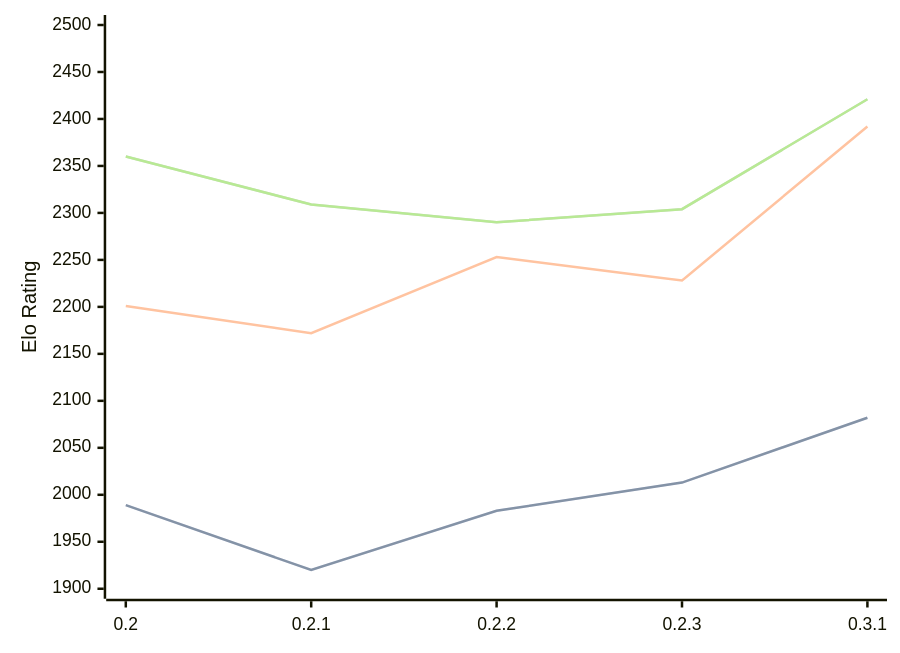
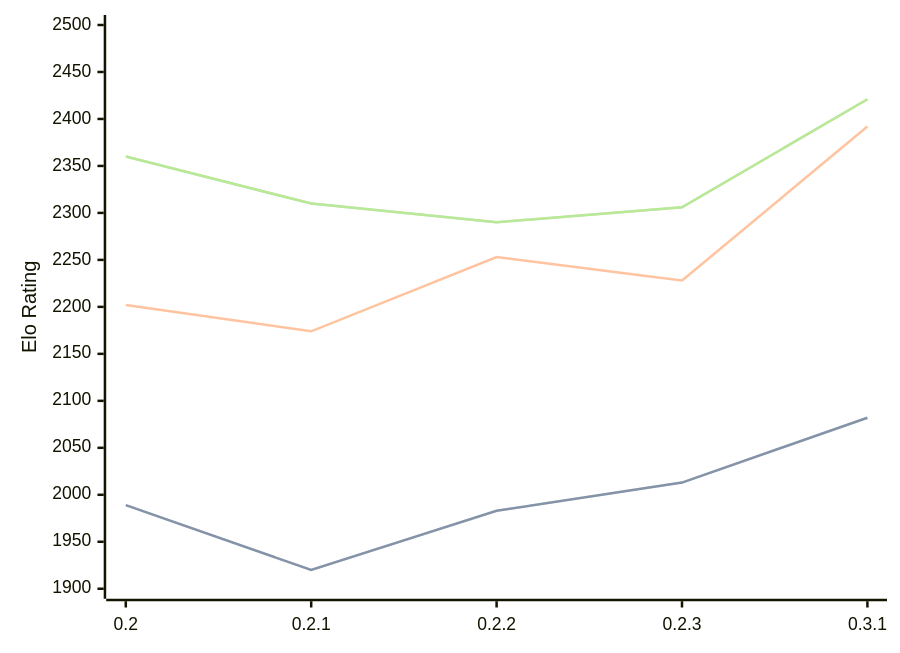
Before and after one commit to computer-chess-index/cci: the diagram in engines/Lolbot.md, drawn with Mermaid. The commit also changed other lines of this file, not shown here.

Commit message:
Update CCI Ratings (ELO VLTC) - 2026-07-31

````diff
--- a/engines/Lolbot.md
+++ b/engines/Lolbot.md
@@ -36,11 +36,11 @@
 ```mermaid
 %%{init: {"theme":"base","themeVariables":{"seriesColors:['#a3a3a3','#222221','#faa371']}}}%%
 xychart-beta
   x-axis ["0.2", "0.2.1", "0.2.2", "0.2.3", "0.3.1"]
   y-axis "Elo Rating" 1900 --> 2500
   line "STC (8.0+0.08s)" [1989, 1920, 1983, 2013, 2082]
   line "STC (8.0+0.08s)" [1989, 1920, 1983, 2013, 2082]
-  line "LTC (60.0+0.60s)" [2201, 2172, 2253, 2228, 2392]
-  line "VLTC (2m24s+1.12s)" [2360, 2309, 2290, 2304, 2421]
-  line "VLTC (2m24s+1.12s)" [2360, 2309, 2290, 2304, 2421]
+  line "LTC (60.0+0.60s)" [2202, 2174, 2253, 2228, 2392]
+  line "VLTC (2m24s+1.12s)" [2360, 2310, 2290, 2306, 2421]
+  line "VLTC (2m24s+1.12s)" [2360, 2310, 2290, 2306, 2421]
 ```
````
